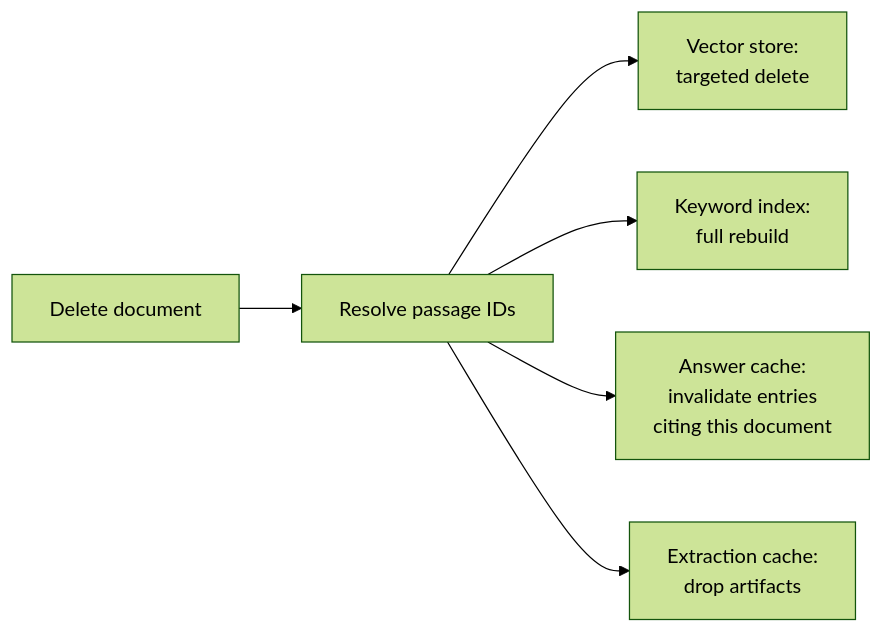
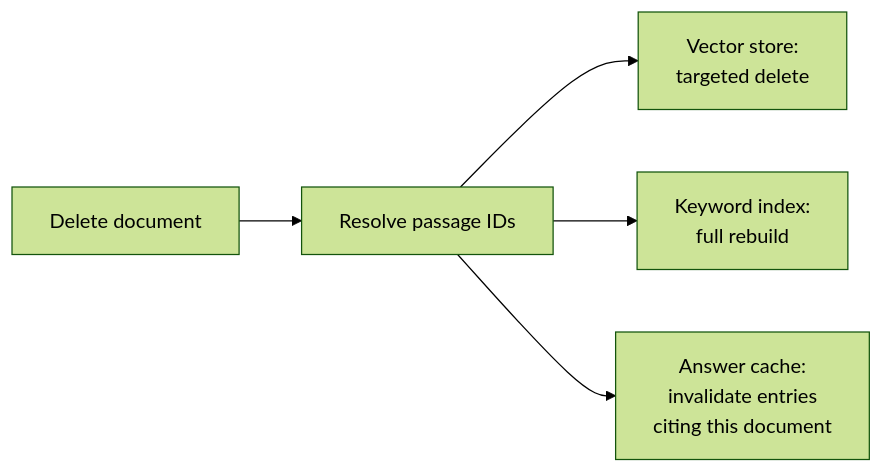
The third of 3 diagrams in docs/03-system-architecture.md (ikeshavvarshney/RAG-System), drawn with Mermaid (forest theme) before and after one commit. The commit also changed other lines of this file and 30 other files, not shown here.

````diff
--- a/docs/03-system-architecture.md
+++ b/docs/03-system-architecture.md
@@ -161,8 +161,7 @@
 ```mermaid
 flowchart LR
     DEL["Delete document"] --> LOOK["Resolve passage IDs"]
     LOOK --> CH["Vector store:<br/>targeted delete"]
     LOOK --> BM["Keyword index:<br/>full rebuild"]
     LOOK --> CA["Answer cache:<br/>invalidate entries<br/>citing this document"]
-    LOOK --> VC["Extraction cache:<br/>drop artifacts"]
 ```
````
